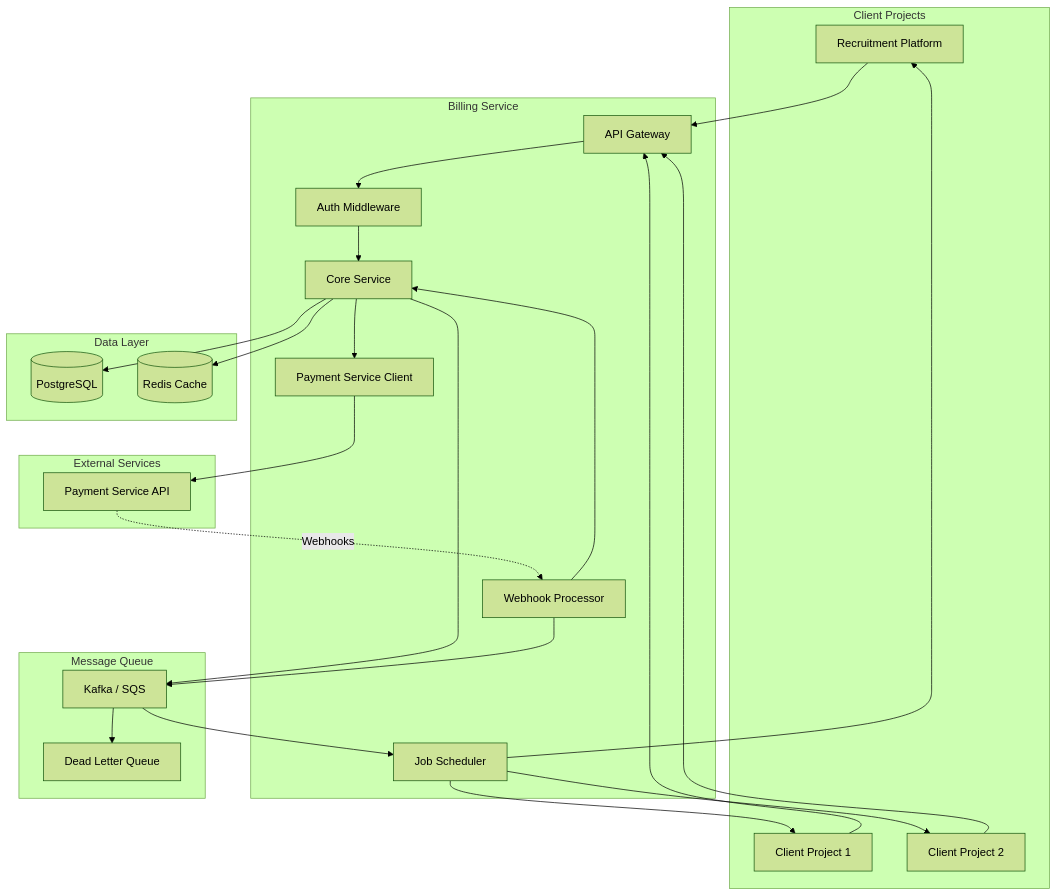
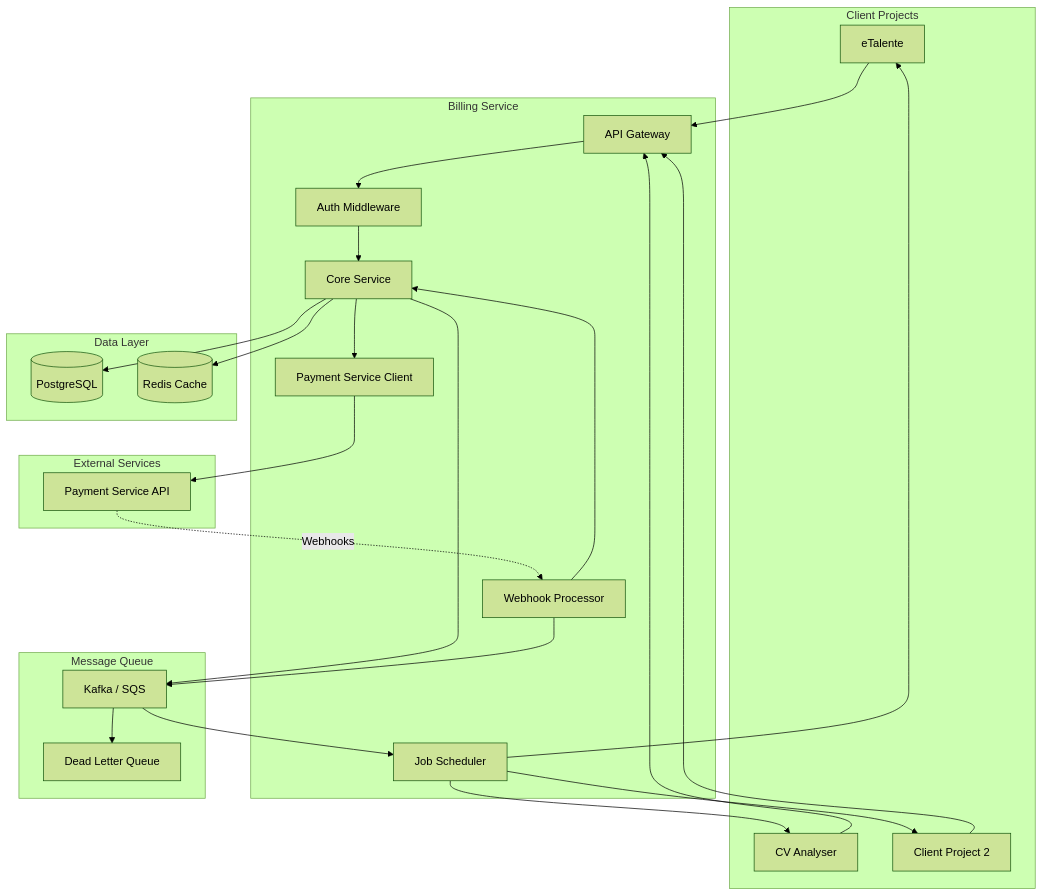
The first of 11 diagrams in billing-service-design.md (B-Tshehla/product-design), drawn with Mermaid (forest theme) before and after one commit. The commit also changed other lines of this file and 1 other file, not shown here.

````diff
--- a/billing-service-design.md
+++ b/billing-service-design.md
@@ -123,53 +122,53 @@
 ```mermaid
 graph TB
     subgraph "Client Projects"
-        RP[Recruitment Platform]
-        CP1[Client Project 1]
+        RP[eTalente]
+        CP1[CV Analyser]
         CP2[Client Project 2]
     end
 
     subgraph "Billing Service"
         GW[API Gateway]
         AUTH[Auth Middleware]
         CORE[Core Service]
         WEBHOOK[Webhook Processor]
         SCHEDULER[Job Scheduler]
         PAY_CLIENT[Payment Service Client]
     end
 
     subgraph "Data Layer"
         PG[(PostgreSQL)]
         REDIS[(Redis Cache)]
     end
 
     subgraph "External Services"
         PAYMENT_SVC[Payment Service API]
     end
 
     subgraph "Message Queue"
         KAFKA[Kafka / SQS]
         DLQ[Dead Letter Queue]
     end
 
     RP --> GW
     CP1 --> GW
     CP2 --> GW
 
     GW --> AUTH
     AUTH --> CORE
     CORE --> PG
     CORE --> REDIS
     CORE --> PAY_CLIENT
     CORE --> KAFKA
 
     PAY_CLIENT --> PAYMENT_SVC
     PAYMENT_SVC -.->|Webhooks| WEBHOOK
     WEBHOOK --> CORE
     WEBHOOK --> KAFKA
 
     KAFKA --> SCHEDULER
     SCHEDULER --> RP
     SCHEDULER --> CP1
     SCHEDULER --> CP2
     KAFKA --> DLQ
 ```
````
